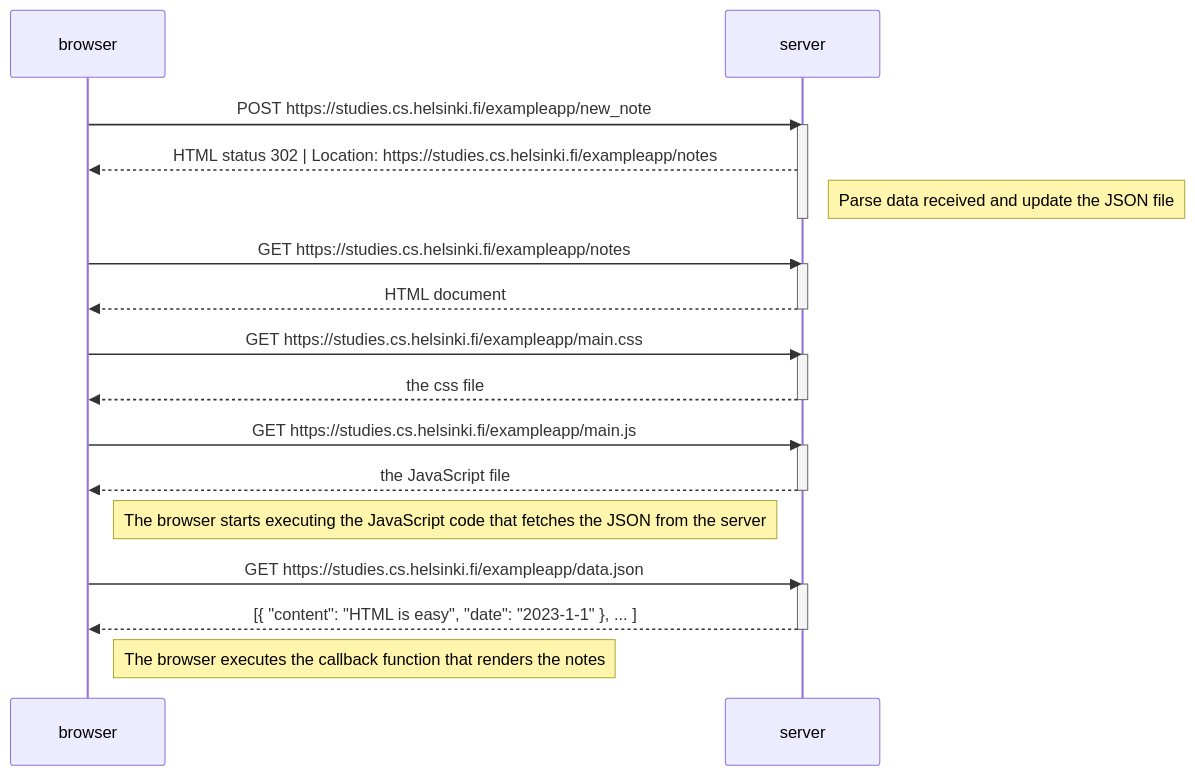
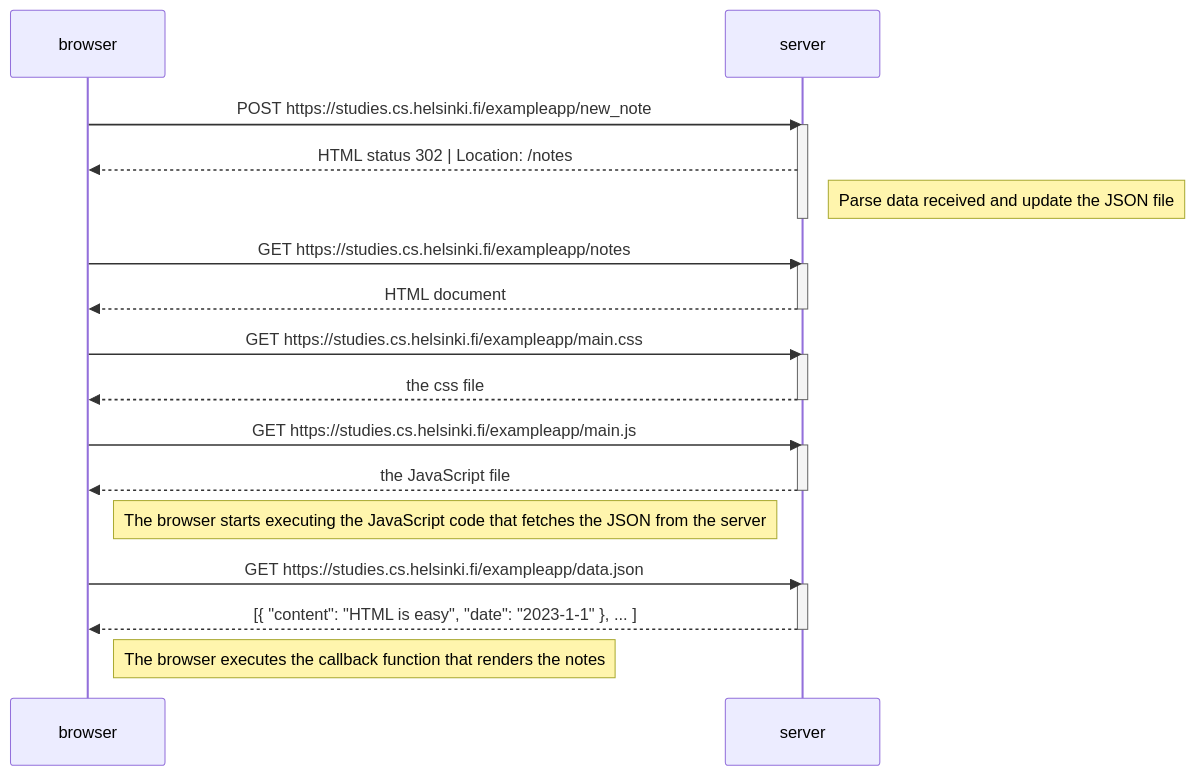
Before and after one commit to rodrigotv/fullstackopen: the diagram in part0/new_note.md, drawn with Mermaid.

````diff
--- a/part0/new_note.md
+++ b/part0/new_note.md
@@ -1,35 +1,35 @@
 ```mermaid
 sequenceDiagram
     participant browser
     participant server
 
     browser->>server: POST https://studies.cs.helsinki.fi/exampleapp/new_note
     activate server
-    server-->>browser: HTML status 302 | Location: https://studies.cs.helsinki.fi/exampleapp/notes
+    server-->>browser: HTML status 302 | Location: /notes
     Note right of server: Parse data received and update the JSON file
     deactivate server
 
     browser->>server: GET https://studies.cs.helsinki.fi/exampleapp/notes
     activate server
     server-->>browser: HTML document
     deactivate server
 
     browser->>server: GET https://studies.cs.helsinki.fi/exampleapp/main.css
     activate server
     server-->>browser: the css file
     deactivate server
 
     browser->>server: GET https://studies.cs.helsinki.fi/exampleapp/main.js
     activate server
     server-->>browser: the JavaScript file
     deactivate server
 
     Note right of browser: The browser starts executing the JavaScript code that fetches the JSON from the server
 
     browser->>server: GET https://studies.cs.helsinki.fi/exampleapp/data.json
     activate server
     server-->>browser: [{ "content": "HTML is easy", "date": "2023-1-1" }, ... ]
     deactivate server
 
     Note right of browser: The browser executes the callback function that renders the notes
 ```
````
